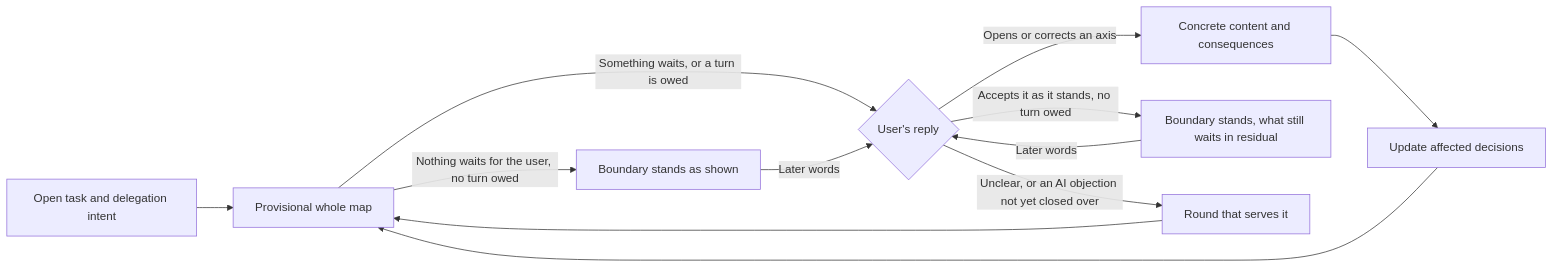
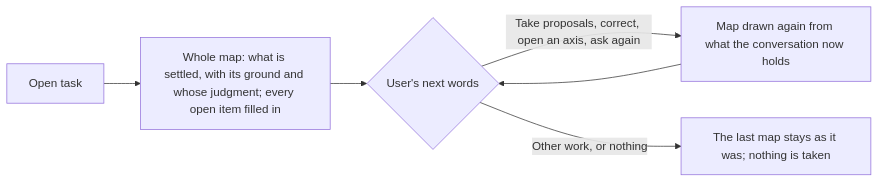
The diagram in horismos/README.md (jongwony/epistemic-protocols), drawn with Mermaid before and after one commit. The commit also changed other lines of this file and 9 other files, not shown here.

````diff
--- a/horismos/README.md
+++ b/horismos/README.md
@@ -9,14 +9,8 @@
 ```mermaid
 flowchart LR
-    A[Open task and delegation intent] --> B[Provisional whole map]
-    B -->|Nothing waits for the user, no turn owed| G[Boundary stands as shown]
-    B -->|Something waits, or a turn is owed| C{User's reply}
-    C -->|Opens or corrects an axis| D[Concrete content and consequences]
-    D --> E[Update affected decisions]
-    E --> B
-    C -->|Accepts it as it stands, no turn owed| F[Boundary stands, what still waits in residual]
-    C -->|Unclear, or an AI objection not yet closed over| H[Round that serves it]
-    H --> B
-    F -->|Later words| C
-    G -->|Later words| C
+    A[Open task] --> B[Whole map: what is settled, with its ground and whose judgment; every open item filled in]
+    B --> C{User's next words}
+    C -->|Take proposals, correct, open an axis, ask again| D[Map drawn again from what the conversation now holds]
+    D --> C
+    C -->|Other work, or nothing| E[The last map stays as it was; nothing is taken]
 ```
````
